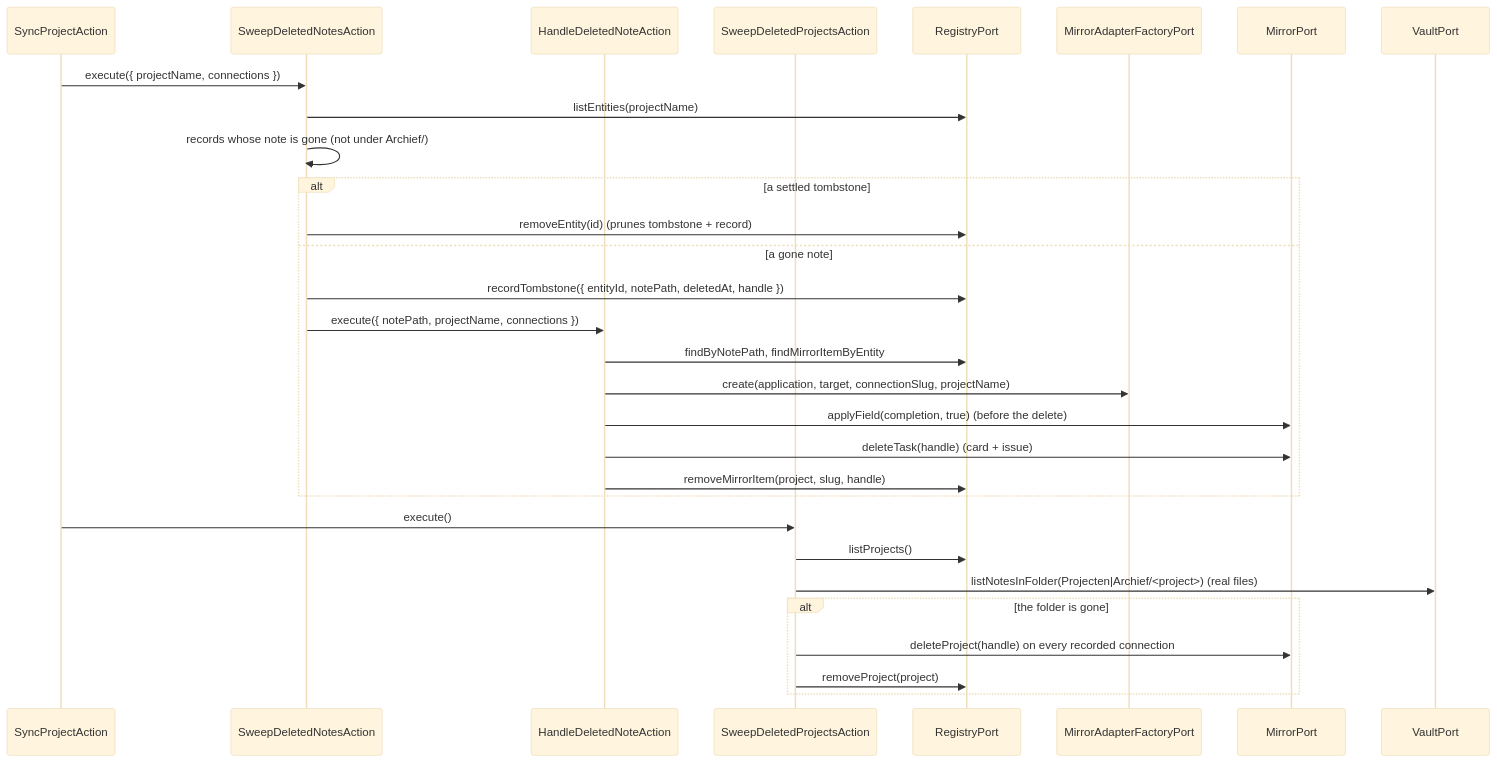
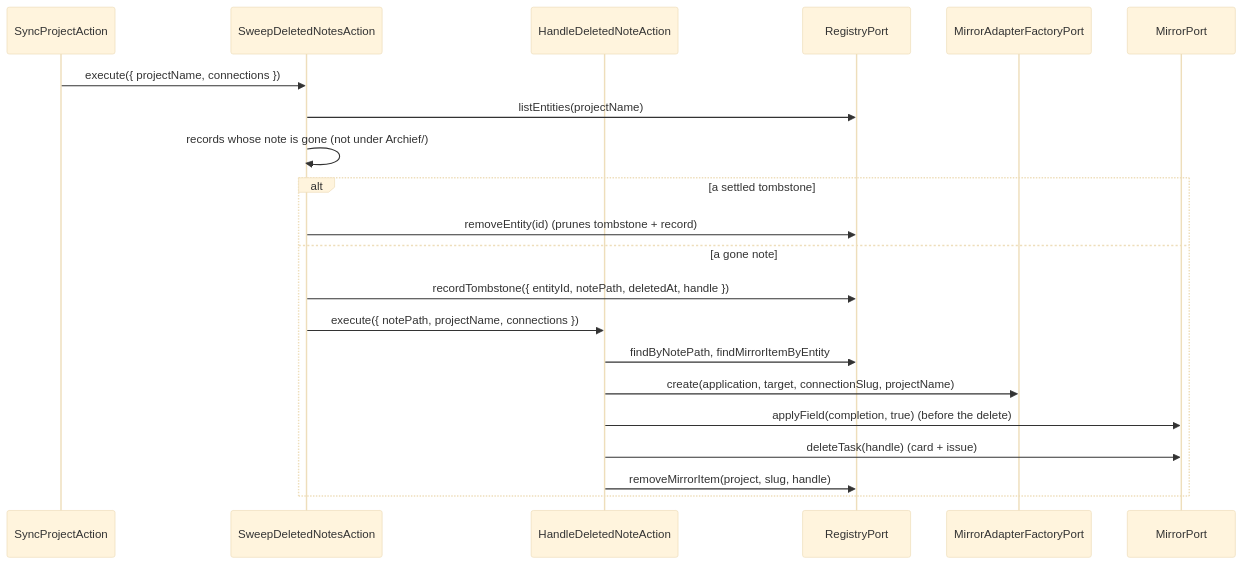
Diagram 15 of 16 in docs/developer-manual.md (99linesofcode/obsidian-project-management), drawn with Mermaid (base theme) before and after one commit. The commit also changed other lines of this file and 14 other files, not shown here.

First line of the commit message:
refactor(delete): defer the project-level delete to S17c

````diff
--- a/docs/developer-manual.md
+++ b/docs/developer-manual.md
@@ -697,33 +685,24 @@
 ```mermaid
 sequenceDiagram
   participant SP as SyncProjectAction
   participant Sweep as SweepDeletedNotesAction
   participant HD as HandleDeletedNoteAction
-  participant SPj as SweepDeletedProjectsAction
   participant SS as RegistryPort
   participant F as MirrorAdapterFactoryPort
   participant R as MirrorPort
-  participant V as VaultPort
 
   SP->>Sweep: execute({ projectName, connections })
   Sweep->>SS: listEntities(projectName)
   Sweep->>Sweep: records whose note is gone (not under Archief/)
   alt a settled tombstone
     Sweep->>SS: removeEntity(id) (prunes tombstone + record)
   else a gone note
     Sweep->>SS: recordTombstone({ entityId, notePath, deletedAt, handle })
     Sweep->>HD: execute({ notePath, projectName, connections })
     HD->>SS: findByNotePath, findMirrorItemByEntity
     HD->>F: create(application, target, connectionSlug, projectName)
     HD->>R: applyField(completion, true) (before the delete)
     HD->>R: deleteTask(handle) (card + issue)
     HD->>SS: removeMirrorItem(project, slug, handle)
   end
-  SP->>SPj: execute()
-  SPj->>SS: listProjects()
-  SPj->>V: listNotesInFolder(Projecten|Archief/<project>) (real files)
-  alt the folder is gone
-    SPj->>R: deleteProject(handle) on every recorded connection
-    SPj->>SS: removeProject(project)
-  end
 ```
````
